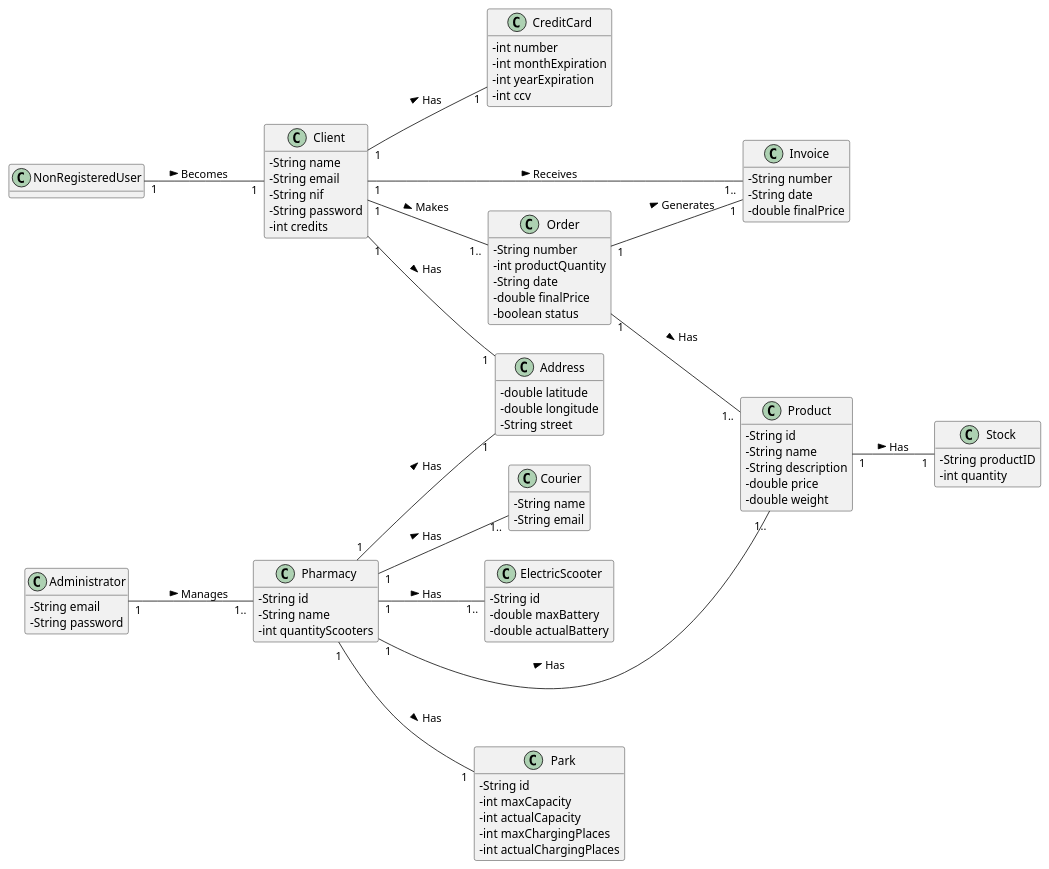
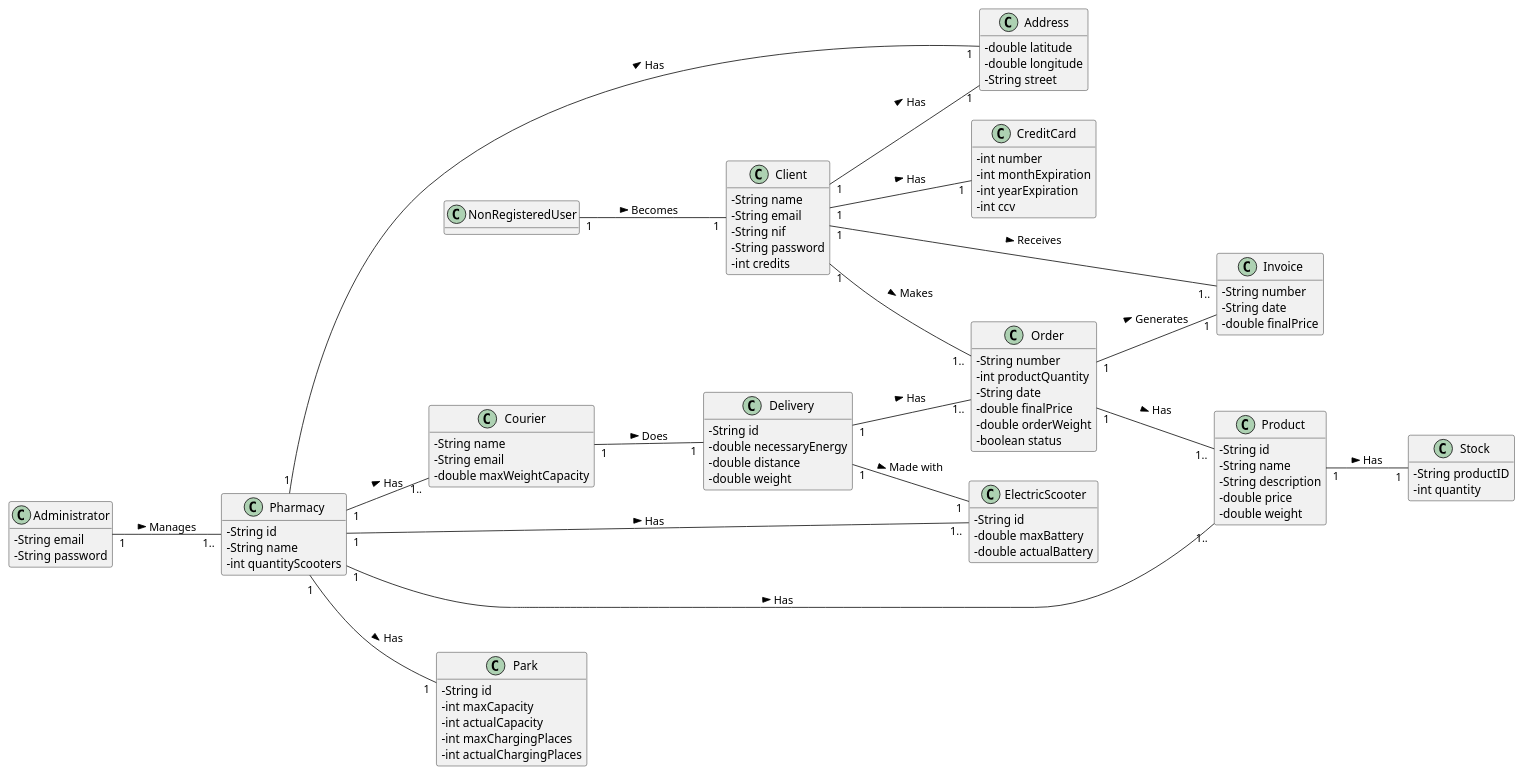
Before and after one commit to 1190452/LAPR3: the diagram in Documents/lapr3_md.puml, drawn with PlantUML.

Commit message:
AUCMN1-202 #comment updated the MD

```diff
--- a/Documents/lapr3_md.puml
+++ b/Documents/lapr3_md.puml
@@ -1,107 +1,121 @@
 @startuml
 skinparam classAttributeIconSize 0
 hide methods
 left to right direction
 
 class NonRegisteredUser {
 }
 
 class Client {
   -String name
   -String email
   -String nif
   -String password
   -int credits
 }
 
 class Administrator {
   -String email
   -String password
 }
 
 class Courier {
   -String name
   -String email
+  -double maxWeightCapacity
 }
 
 class Pharmacy {
   -String id
   -String name
   -int quantityScooters
   }
 
 class ElectricScooter {
   -String id
   -double maxBattery
   -double actualBattery
   }
 
 class Order {
   -String number
   -int productQuantity
   -String date
   -double finalPrice
+  -double orderWeight
   -boolean status
   }
 
 class Invoice {
   -String number
   -String date
   -double finalPrice
   }
 
 class Stock {
   -String productID
   -int quantity
 }
 
 class Product {
   -String id
   -String name
   -String description
   -double price
   -double weight
 }
 
 class Address {
   -double latitude
   -double longitude
   -String street
 }
 
 class CreditCard {
   -int number
   -int monthExpiration
   -int yearExpiration
   -int ccv
 }
 
 class Park {
   -String id
   -int maxCapacity
   -int actualCapacity
   -int maxChargingPlaces
   -int actualChargingPlaces
 }
 
+class Delivery {
+  -String id
+  -double necessaryEnergy
+  -double distance
+  -double weight
+}
+
 NonRegisteredUser "1" -- "1" Client: Becomes >
 Client "1" -- "1" Address: Has >
 Client "1" -- "1" CreditCard: Has >
 Client "1" -- "1.." Invoice: Receives >
 Client "1" -- "1.." Order: Makes >
 
 Order "1" -- "1.." Product: Has >
 Order "1" -- "1" Invoice: Generates >
   
 Pharmacy "1" -- "1" Park: Has >
 Pharmacy "1" -- "1.." Product: Has >
 Pharmacy "1" -- "1.." Courier: Has >
 Pharmacy "1" -- "1" Address: Has >
 Pharmacy "1" -- "1.." ElectricScooter: Has >
 
 Product "1" -- "1" Stock: Has > 
 
 Administrator "1" -- "1.." Pharmacy: Manages >
 
+Delivery "1" -- "1.." Order: Has >
+Delivery "1" -- "1" ElectricScooter: Made with >
+
+Courier "1" -- "1" Delivery: Does >
+
 
 @enduml
```
